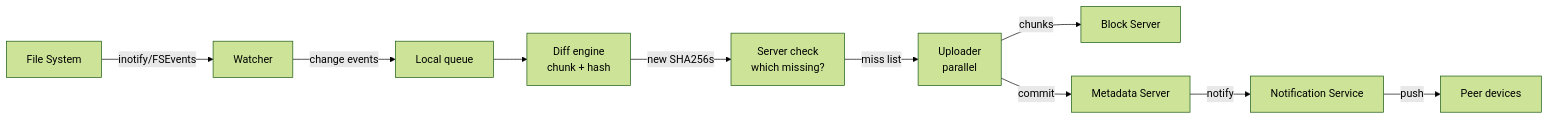
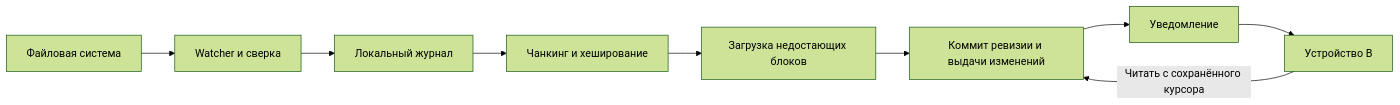
One commit to akeverus/cheat-sheet changed the first of 2 diagrams in cheatsheets/interview/system-design/design-dropbox-interview.md. Above: the diagram before and after it, drawn with Mermaid (forest theme). The commit also changed other lines of this file and 154 other files, not shown here.

````diff
--- a/cheatsheets/interview/system-design/design-dropbox-interview.md
+++ b/cheatsheets/interview/system-design/design-dropbox-interview.md
@@ -420,13 +231,11 @@
 ```mermaid
 graph LR
-    FS[File System]
-    FS -->|inotify/FSEvents| W[Watcher]
-    W -->|change events| Q[Local queue]
-    Q --> D[Diff engine<br/>chunk + hash]
-    D -->|new SHA256s| Check[Server check<br/>which missing?]
-    Check -->|miss list| Up[Uploader<br/>parallel]
-    Up -->|chunks| Block[Block Server]
-    Up -->|commit| Meta[Metadata Server]
-    Meta -->|notify| N[Notification Service]
-    N -->|push| Peers[Peer devices]
+    FS[Файловая система] --> W[Watcher и сверка]
+    W --> Q[Локальный журнал]
+    Q --> D[Чанкинг и хеширование]
+    D --> B[Загрузка недостающих блоков]
+    B --> M[Коммит ревизии и выдачи изменений]
+    M --> N[Уведомление]
+    N --> P[Устройство B]
+    P -->|Читать с сохранённого курсора| M
 ```
````
